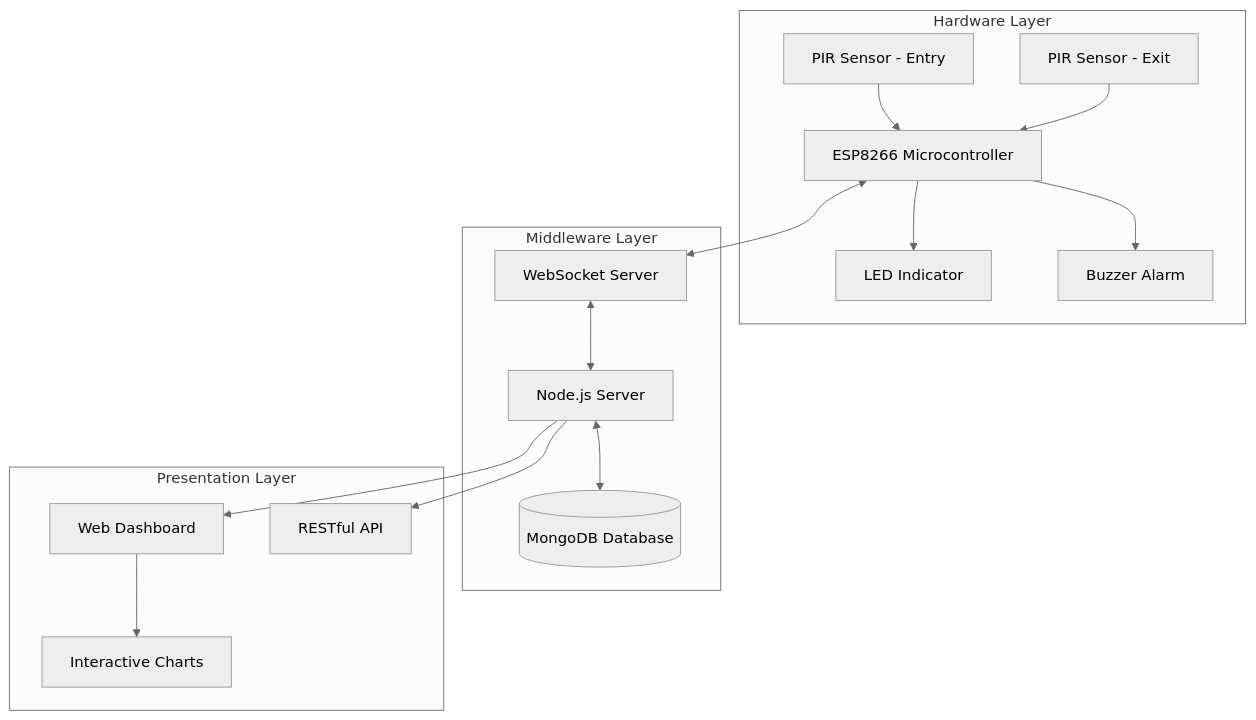
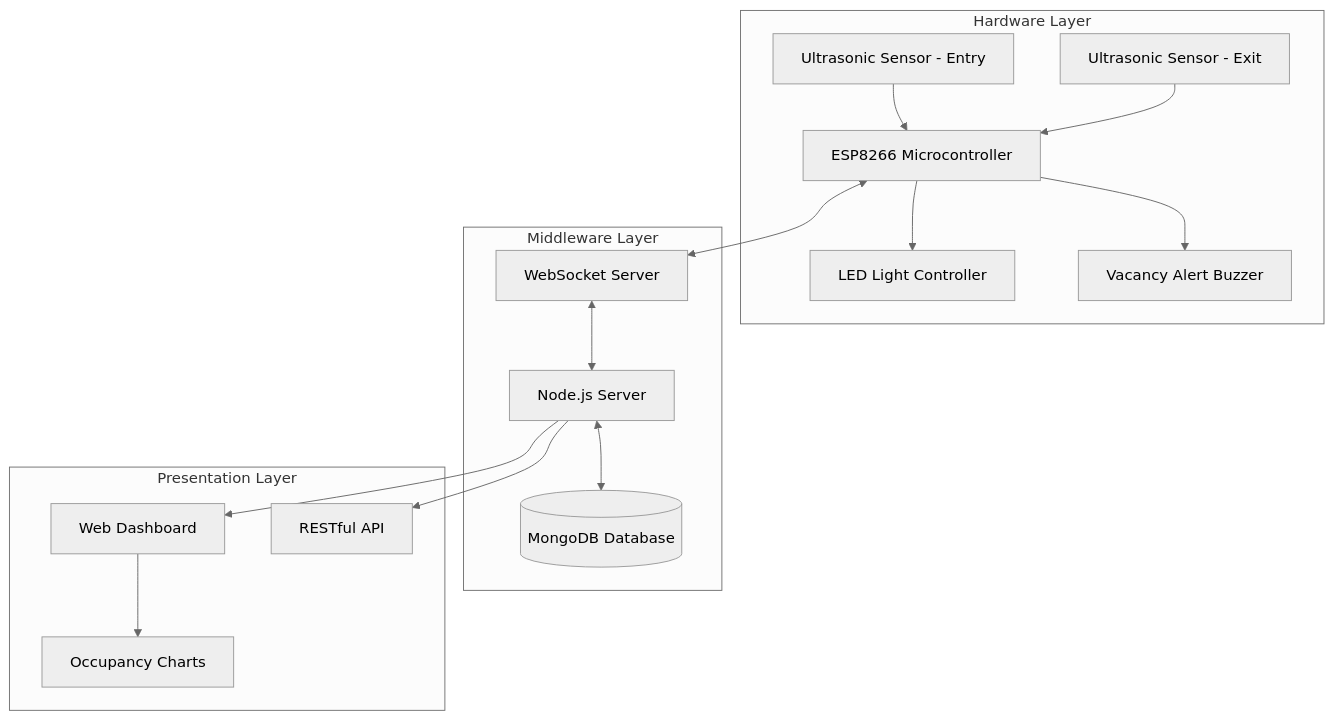
Before and after one commit to Red-misst/pir-sensor: the first of 4 diagrams in README.md, drawn with Mermaid (neutral theme). The commit also changed other lines of this file and 2 other files, not shown here.

````diff
--- a/README.md
+++ b/README.md
@@ -49,33 +55,33 @@
 ```mermaid
 flowchart TD
     subgraph "Hardware Layer"
-        PIR1[PIR Sensor - Entry]
-        PIR2[PIR Sensor - Exit]
+        US1[Ultrasonic Sensor - Entry]
+        US2[Ultrasonic Sensor - Exit]
         ESP[ESP8266 Microcontroller]
-        LED[LED Indicator]
-        BUZZ[Buzzer Alarm]
+        LED[LED Light Controller]
+        BUZZ[Vacancy Alert Buzzer]
     end
 
     subgraph "Middleware Layer"
         NODE[Node.js Server]
         WS[WebSocket Server]
         DB[(MongoDB Database)]
     end
 
     subgraph "Presentation Layer"
         WEB[Web Dashboard]
-        CHART[Interactive Charts]
+        CHART[Occupancy Charts]
         API[RESTful API]
     end
 
-    PIR1 --> ESP
-    PIR2 --> ESP
+    US1 --> ESP
+    US2 --> ESP
     ESP --> LED
     ESP --> BUZZ
     ESP <--> WS
     WS <--> NODE
     NODE <--> DB
     NODE --> WEB
     NODE --> API
     WEB --> CHART
 ```
````
